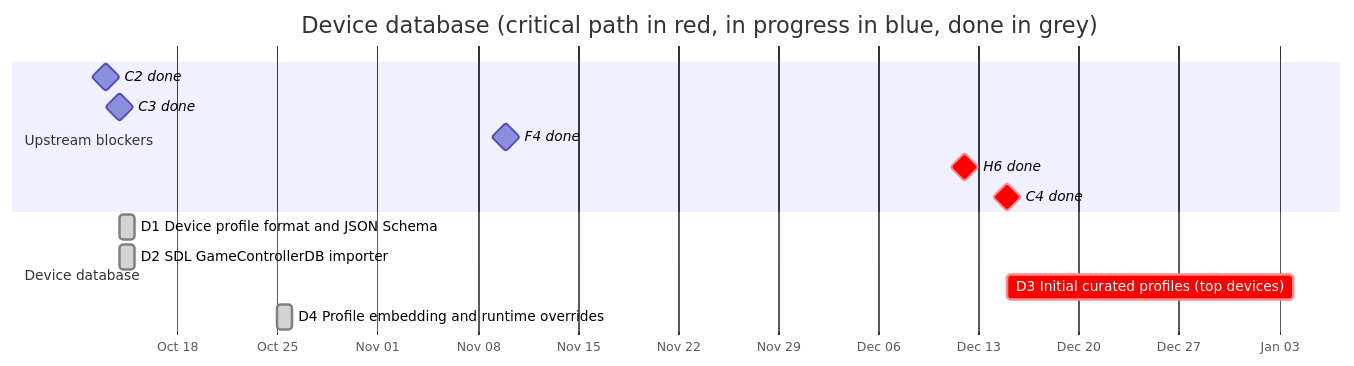
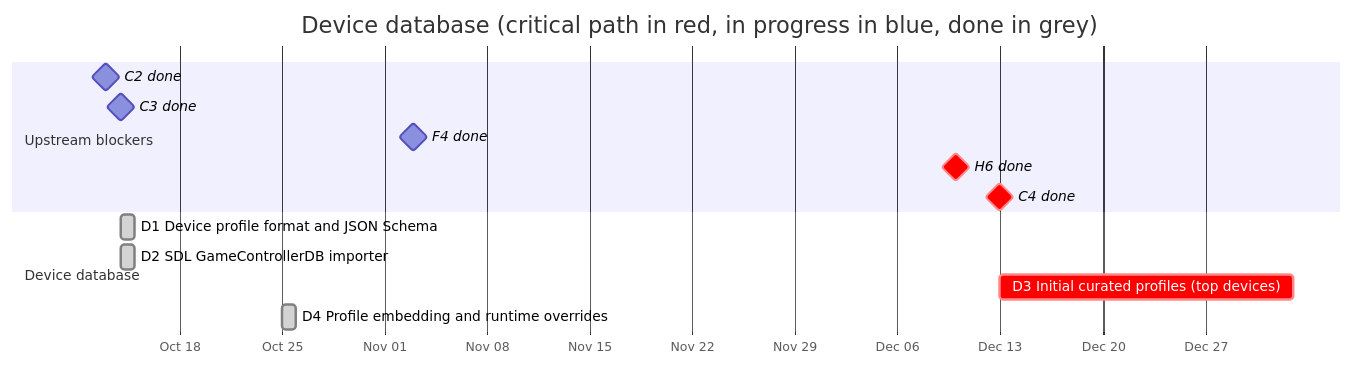
One commit to anygamepad/anygamepad.github.io changed the diagram in ROADMAP/2026-10-31/02-device-database.md. Above: the diagram before and after it, drawn with Mermaid. The commit also changed other lines of this file and 41 other files, not shown here.

````diff
--- a/ROADMAP/2026-10-31/02-device-database.md
+++ b/ROADMAP/2026-10-31/02-device-database.md
@@ -9,17 +9,17 @@
 ```mermaid
 gantt
     dateFormat YYYY-MM-DD
     axisFormat %b %d
     title Device database (critical path in red, in progress in blue, done in grey)
     section Upstream blockers
     C2 done :milestone, c2, 2026-10-13, 0d
     C3 done :milestone, c3, 2026-10-14, 0d
-    F4 done :milestone, f4, 2026-11-10, 0d
-    H6 done :milestone, crit, h6, 2026-12-12, 0d
-    C4 done :milestone, crit, c4, 2026-12-15, 0d
+    F4 done :milestone, f4, 2026-11-03, 0d
+    H6 done :milestone, crit, h6, 2026-12-10, 0d
+    C4 done :milestone, crit, c4, 2026-12-13, 0d
     section Device database
     D1 Device profile format and JSON Schema :done, d1, 2026-10-14, 1d
     D2 SDL GameControllerDB importer :done, d2, 2026-10-14, 1d
     D3 Initial curated profiles (top devices) :crit, d3, after d1 c4 f4 h6, 20d
     D4 Profile embedding and runtime overrides :done, d4, 2026-10-25, 1d
 ```
````
